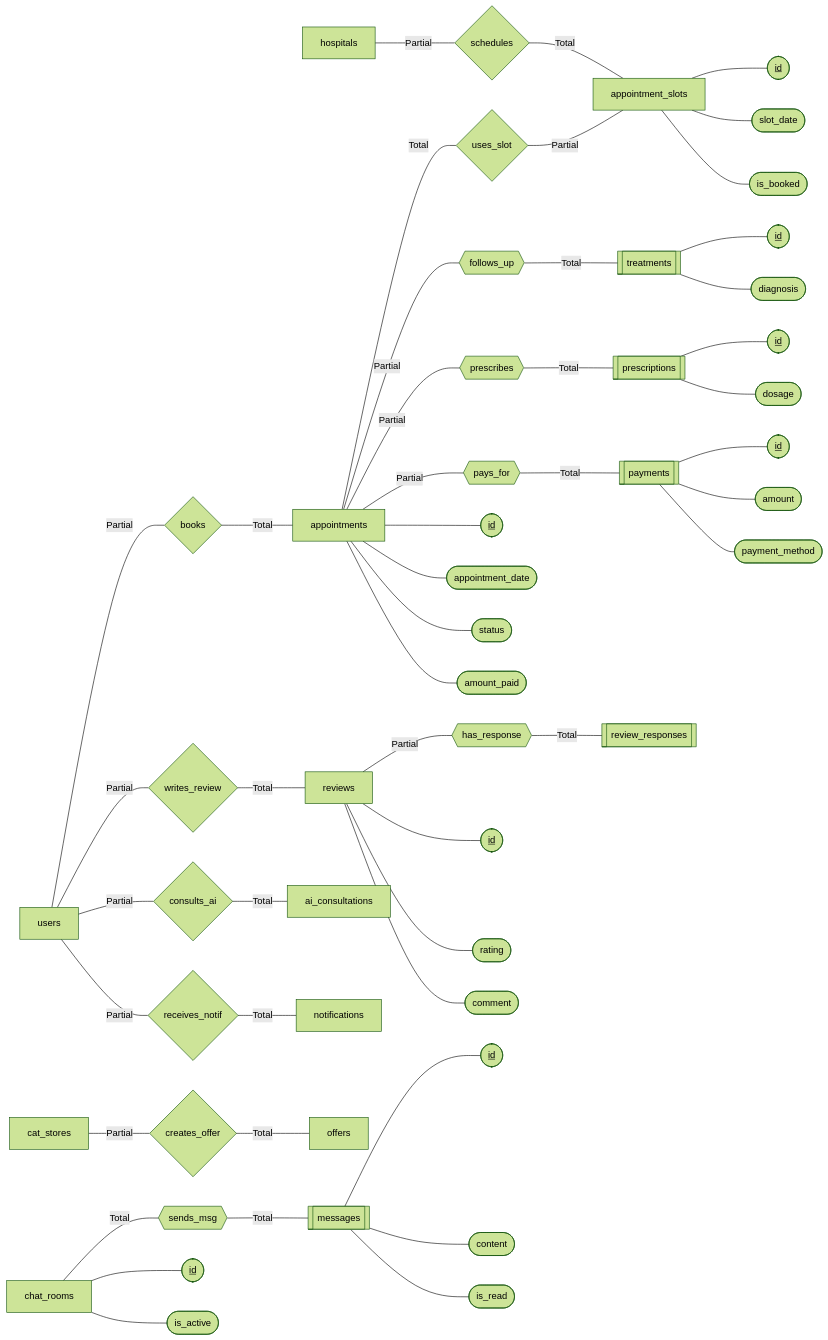
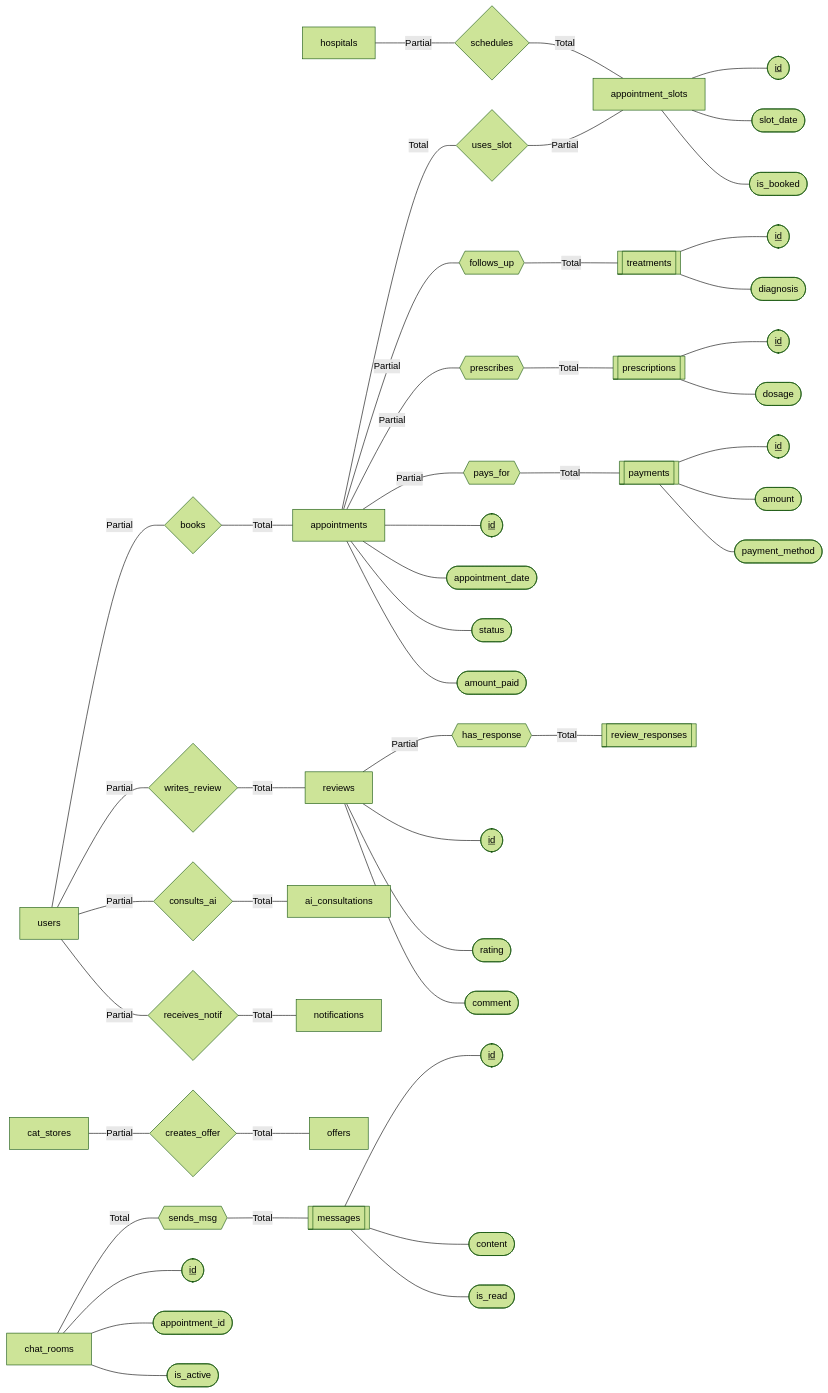
The fourth of 4 diagrams in docs/design/08-database-diagram.md (hixam001/purrfect-care), drawn with Mermaid (forest theme) before and after one commit. The commit also changed other lines of this file and 10 other files, not shown here.

Commit message:
Report: Created report.md for the complete project Diagrams: Updated DFD and Database Diagrams

```diff
--- a/docs/design/08-database-diagram.md
+++ b/docs/design/08-database-diagram.md
@@ -315,6 +315,7 @@
 
     %% ATTRIBUTES - chat_rooms
     chat_rooms --- A_cr_id([<u>id</u>])
+    chat_rooms --- A_cr_appt([appointment_id])
     chat_rooms --- A_cr_act([is_active])
 
     %% ATTRIBUTES - messages
```
